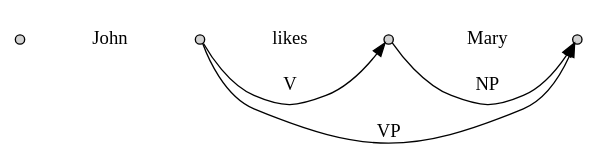
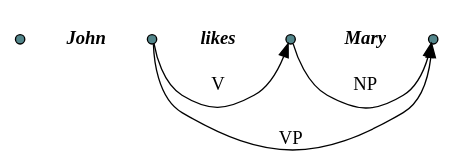
One commit to nltk/nltk_book changed the diagram in images/chart_intro_3edges.dot. Above: the diagram before and after it, drawn with Graphviz. The commit also changed 29 other files, not shown here.

```diff
--- a/images/chart_intro_3edges.dot
+++ b/images/chart_intro_3edges.dot
@@ -1,28 +1,32 @@
+/* -*- coding:utf-8 -*- */
+
 digraph x {
    rankdir=LR;
+   ranksep=0.25;
    
    /* The nodes */
    {
-       node [style=filled,height=0.1,width=0.1];
+       node [style=filled,height=0.1,width=0.1,fillcolor=cadetblue4];
        0 [label=""];
        1 [label=""];
        2 [label=""];
        3 [label=""];
    }
 
    /* The sentence */
    {
        edge [style=invis, weight=100];
-       node [shape=plaintext];
+       node [shape=plaintext,fontname="Times-BoldItalic"];
        0->John->1->likes->2->Mary->3;
    }
    
    /* Edges */
    {
+       edge [fontname=lucidagrande];
        edge [weight=0];
        1->3 [label="VP"];
        1->2 [label="V"];
        2->3 [label="NP"];
    }
 
 }
```
